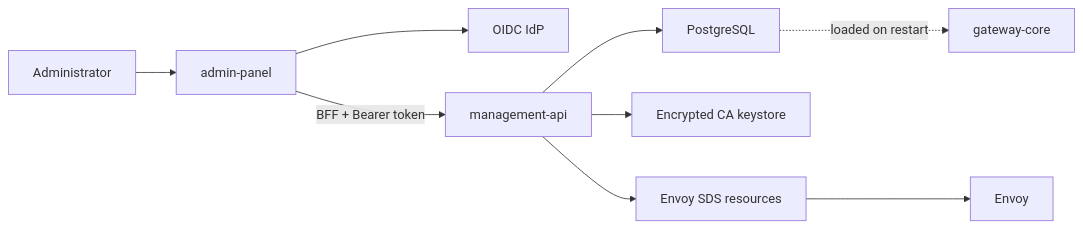
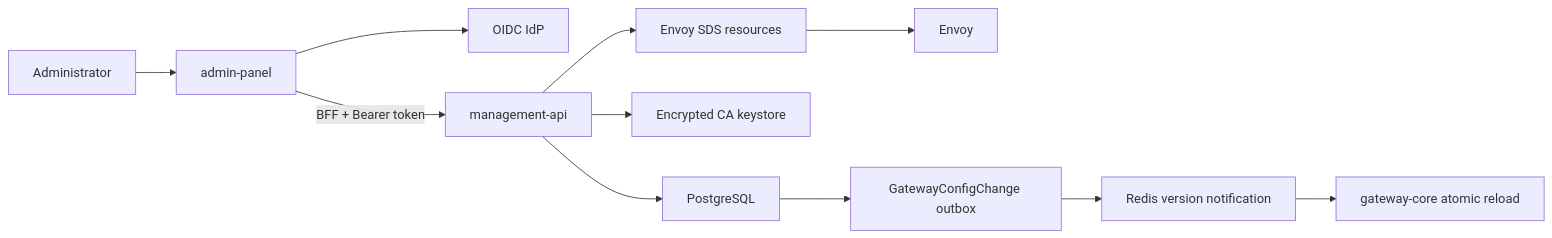
Before and after one commit to c4rl0s04/api-gateway-platform: the first of 2 diagrams in docs/02-architecture/Control Plane Flow.md, drawn with Mermaid. The commit also changed other lines of this file and 15 other files, not shown here.

Commit message:
docs(runtime): document durable gateway hot reload

````diff
--- a/docs/02-architecture/Control Plane Flow.md
+++ b/docs/02-architecture/Control Plane Flow.md
@@ -32,11 +32,13 @@
 ```mermaid
 flowchart LR
     ADMIN["Administrator"] --> PANEL["admin-panel"]
     PANEL --> IDP["OIDC IdP"]
     PANEL -->|"BFF + Bearer token"| API["management-api"]
     API --> DATABASE["PostgreSQL"]
     API --> KEYSTORE["Encrypted CA keystore"]
     API --> SDS["Envoy SDS resources"]
     SDS --> ENVOY["Envoy"]
-    DATABASE -. "loaded on restart" .-> GATEWAY["gateway-core"]
+    DATABASE --> OUTBOX["GatewayConfigChange outbox"]
+    OUTBOX --> REDIS["Redis version notification"]
+    REDIS --> GATEWAY["gateway-core atomic reload"]
 ```
````
